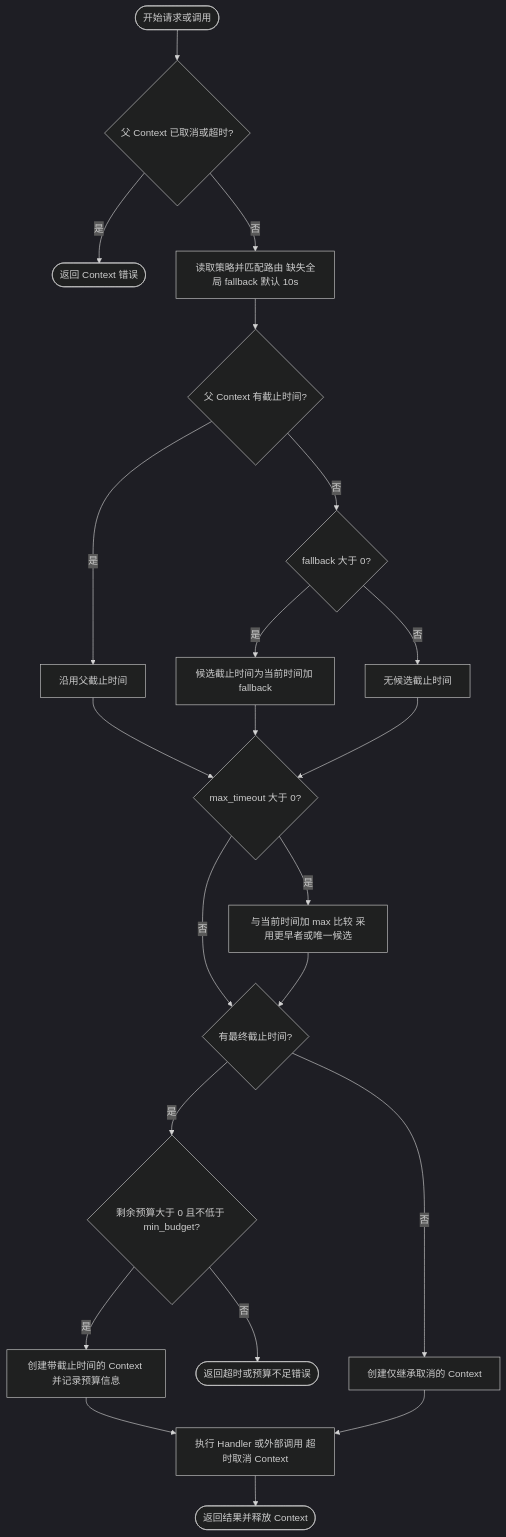
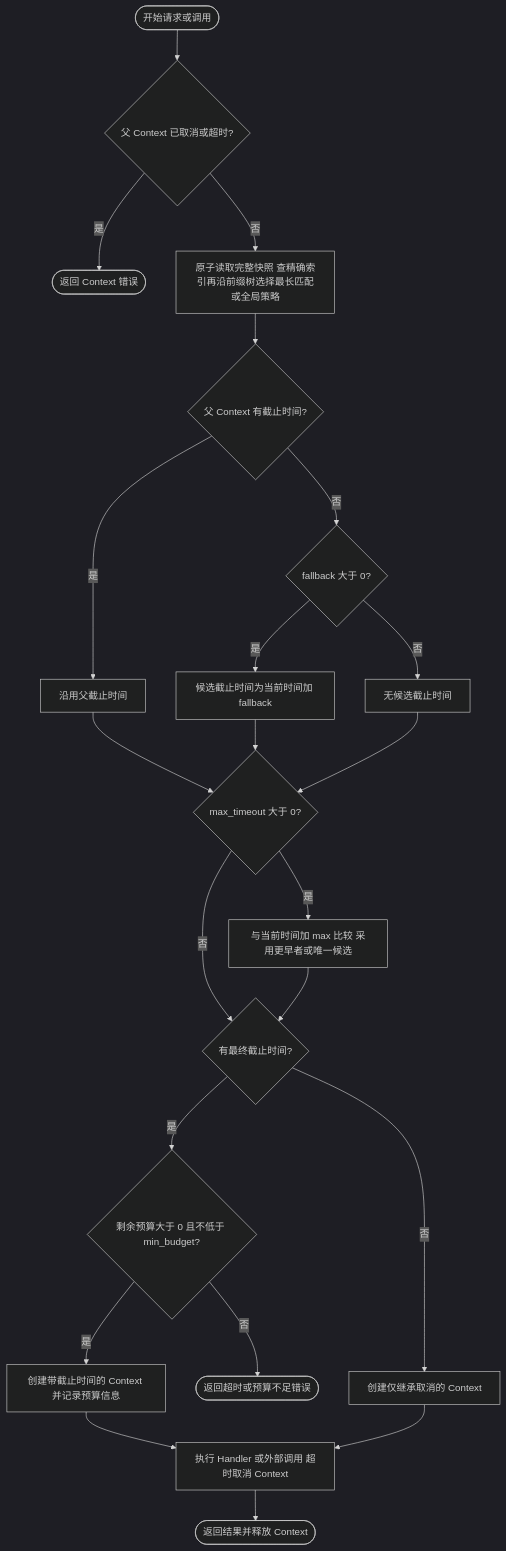
One commit to jaggerzhuang1994/kratos-foundation changed the fourth of 6 diagrams in pkg/server/README.md. Above: the diagram before and after it, drawn with Mermaid (dark theme). The commit also changed other lines of this file and 104 other files, not shown here.

````diff
--- a/pkg/server/README.md
+++ b/pkg/server/README.md
@@ -112,24 +132,24 @@
 ```mermaid
 flowchart TD
     A([开始请求或调用]) --> B{父 Context 已取消或超时?}
     B -- 是 --> E([返回 Context 错误])
-    B -- 否 --> C[读取策略并匹配路由 缺失全局 fallback 默认 10s]
+    B -- 否 --> C[原子读取完整快照 查精确索引再沿前缀树选择最长匹配或全局策略]
     C --> D{父 Context 有截止时间?}
     D -- 是 --> F[沿用父截止时间]
     D -- 否 --> G{fallback 大于 0?}
     G -- 是 --> H[候选截止时间为当前时间加 fallback]
     G -- 否 --> I[无候选截止时间]
     F --> J{max_timeout 大于 0?}
     H --> J
     I --> J
     J -- 是 --> K[与当前时间加 max 比较 采用更早者或唯一候选]
     J -- 否 --> L{有最终截止时间?}
     K --> L
     L -- 否 --> M[创建仅继承取消的 Context]
     L -- 是 --> N{剩余预算大于 0 且不低于 min_budget?}
     N -- 否 --> O([返回超时或预算不足错误])
     N -- 是 --> P[创建带截止时间的 Context 并记录预算信息]
     P --> Q[执行 Handler 或外部调用 超时取消 Context]
     M --> Q
     Q --> R([返回结果并释放 Context])
 ```
````
